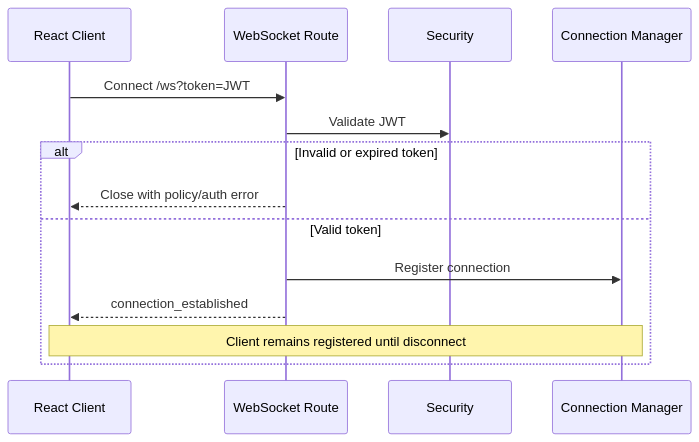
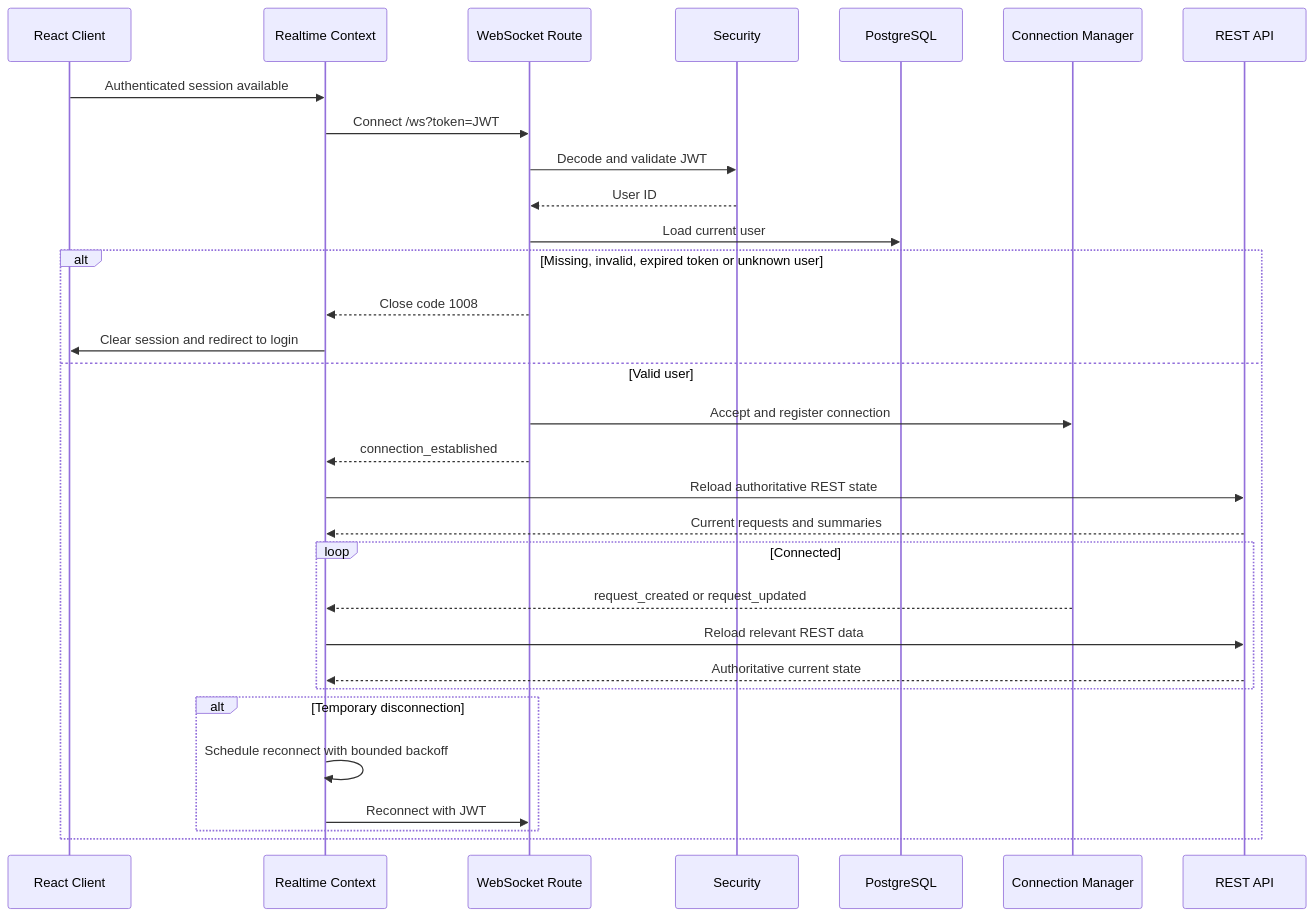
The fifth of 10 diagrams in Documents/System Design.md (elias282000/Technohaven-Recruitement-Assignement), drawn with Mermaid before and after one commit. The commit also changed other lines of this file and 1 other file, not shown here.

````diff
--- a/Documents/System Design.md
+++ b/Documents/System Design.md
@@ -339,17 +393,37 @@
 ```mermaid
 sequenceDiagram
     participant C as React Client
+    participant RTC as Realtime Context
     participant WSR as WebSocket Route
     participant Sec as Security
+    participant DB as PostgreSQL
     participant WSM as Connection Manager
+    participant API as REST API
 
-    C->>WSR: Connect /ws?token=JWT
-    WSR->>Sec: Validate JWT
-    alt Invalid or expired token
-        WSR-->>C: Close with policy/auth error
-    else Valid token
-        WSR->>WSM: Register connection
-        WSR-->>C: connection_established
-        Note over C,WSM: Client remains registered until disconnect
+    C->>RTC: Authenticated session available
+    RTC->>WSR: Connect /ws?token=JWT
+    WSR->>Sec: Decode and validate JWT
+    Sec-->>WSR: User ID
+    WSR->>DB: Load current user
+
+    alt Missing, invalid, expired token or unknown user
+        WSR-->>RTC: Close code 1008
+        RTC->>C: Clear session and redirect to login
+    else Valid user
+        WSR->>WSM: Accept and register connection
+        WSR-->>RTC: connection_established
+        RTC->>API: Reload authoritative REST state
+        API-->>RTC: Current requests and summaries
+
+        loop Connected
+            WSM-->>RTC: request_created or request_updated
+            RTC->>API: Reload relevant REST data
+            API-->>RTC: Authoritative current state
+        end
+
+        alt Temporary disconnection
+            RTC->>RTC: Schedule reconnect with bounded backoff
+            RTC->>WSR: Reconnect with JWT
+        end
     end
 ```
````
